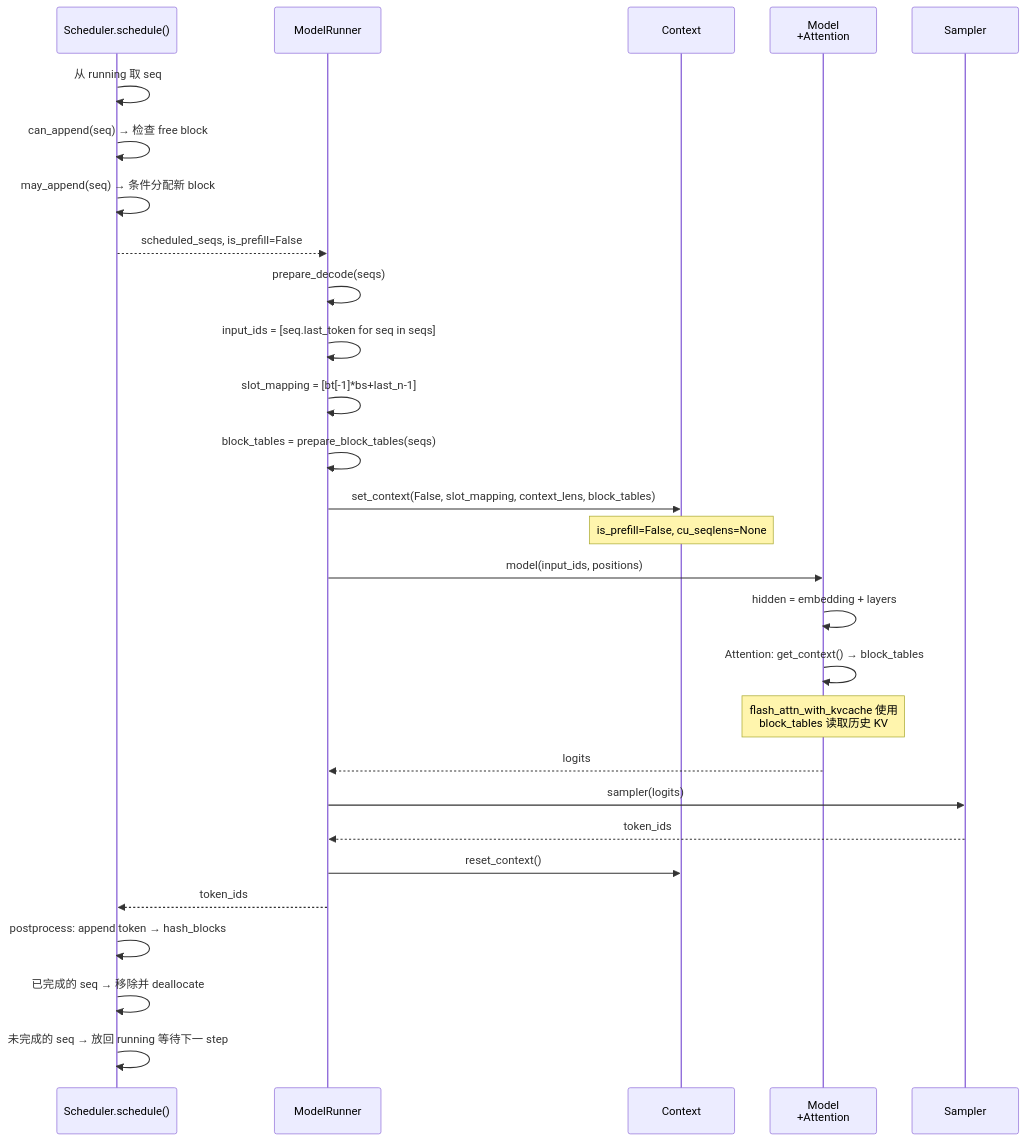
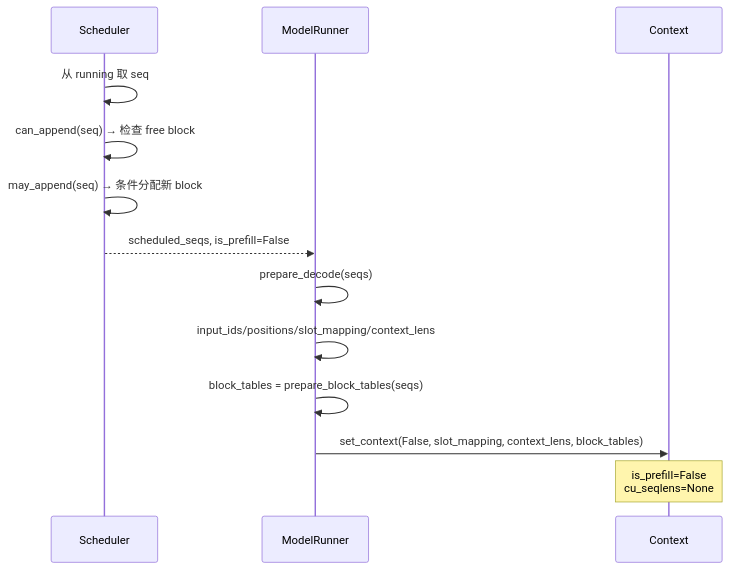
Before and after one commit to ForceInjection/nano-vllm: the fifth of 6 diagrams in docs/llm-inference-visual/slides/slides.06.md, drawn with Mermaid. The commit also changed other lines of this file and 1 other file, not shown here.

````diff
--- a/docs/llm-inference-visual/slides/slides.06.md
+++ b/docs/llm-inference-visual/slides/slides.06.md
@@ -651,37 +657,17 @@
 ```mermaid {scale: 0.45}
 sequenceDiagram
-    participant Sched as Scheduler.schedule()
+    participant Sched as Scheduler
     participant Runner as ModelRunner
     participant CTX as Context
-    participant Model as Model<br/>+Attention
-    participant Sampler as Sampler
 
     Sched->>Sched: 从 running 取 seq
     Sched->>Sched: can_append(seq) → 检查 free block
     Sched->>Sched: may_append(seq) → 条件分配新 block
     Sched-->>Runner: scheduled_seqs, is_prefill=False
 
     Runner->>Runner: prepare_decode(seqs)
-    Runner->>Runner: input_ids = [seq.last_token for seq in seqs]
-    Runner->>Runner: slot_mapping = [bt[-1]*bs+last_n-1]
+    Runner->>Runner: input_ids/positions/slot_mapping/context_lens
     Runner->>Runner: block_tables = prepare_block_tables(seqs)
     Runner->>CTX: set_context(False, slot_mapping, context_lens, block_tables)
-    Note over CTX: is_prefill=False, cu_seqlens=None
-
-    Runner->>Model: model(input_ids, positions)
-    Model->>Model: hidden = embedding + layers
-    Model->>Model: Attention: get_context() → block_tables
-    Note over Model: flash_attn_with_kvcache 使用<br/>block_tables 读取历史 KV
-
-    Model-->>Runner: logits
-
-    Runner->>Sampler: sampler(logits)
-    Sampler-->>Runner: token_ids
-
-    Runner->>CTX: reset_context()
-    Runner-->>Sched: token_ids
-
-    Sched->>Sched: postprocess: append token → hash_blocks
-    Sched->>Sched: 已完成的 seq → 移除并 deallocate
-    Sched->>Sched: 未完成的 seq → 放回 running 等待下一 step
+    Note over CTX: is_prefill=False<br/>cu_seqlens=None
 ```
````
